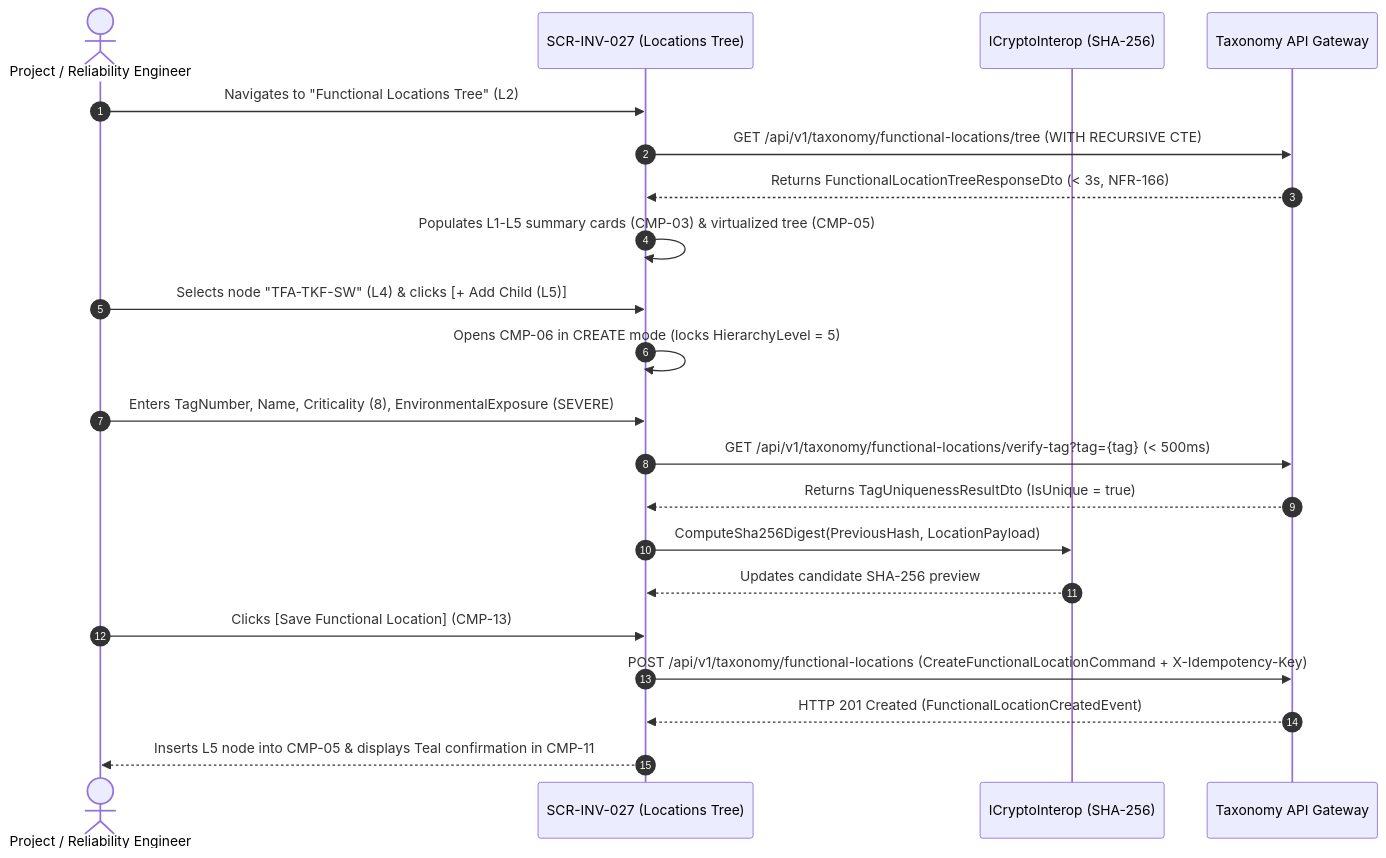
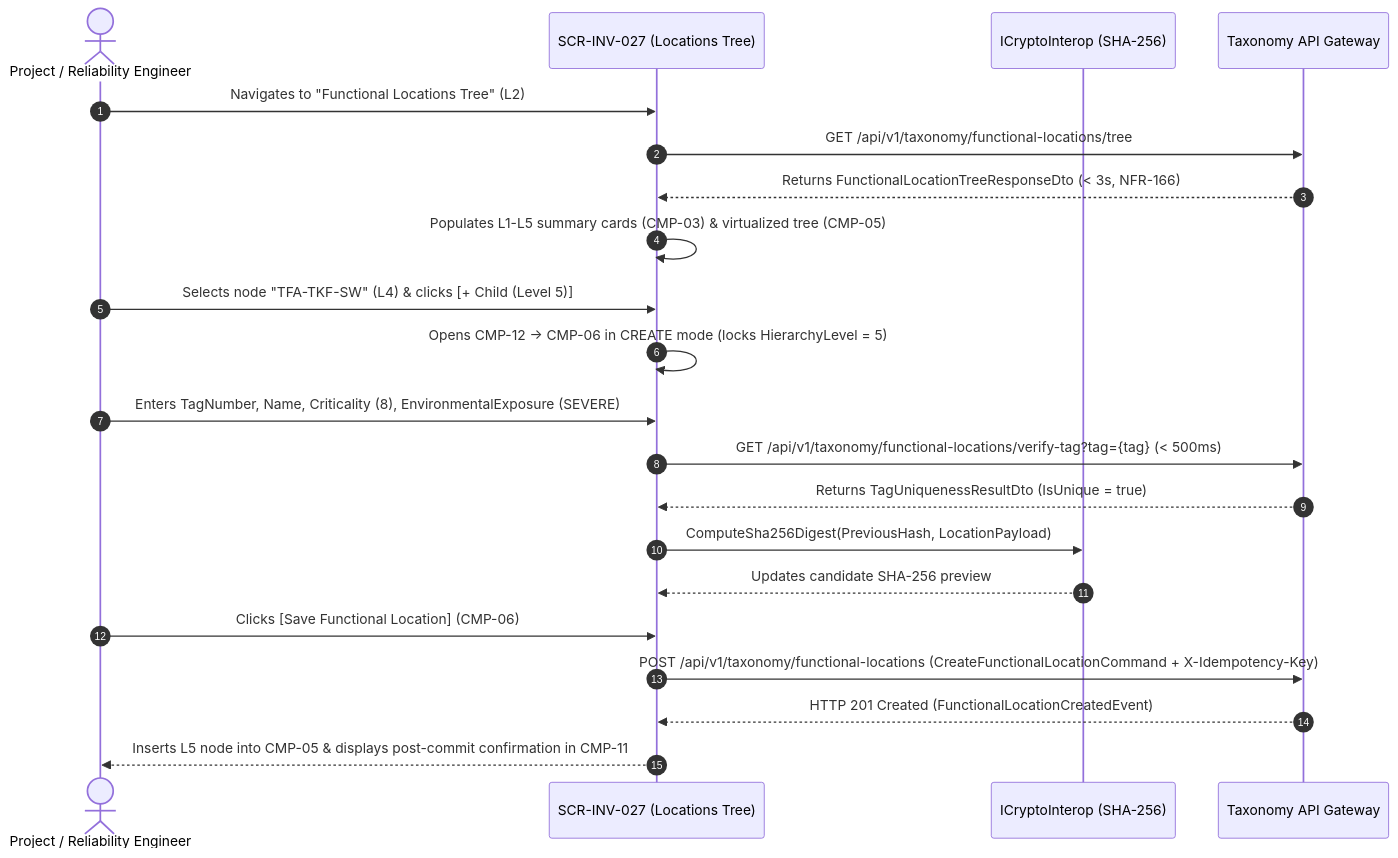
The diagram in ui-ux/screens/inv/SCR-INV-027.md (Novav20/adso-dteam-docs), drawn with Mermaid before and after one commit. The commit also changed other lines of this file and 6 other files, not shown here.

First line of the commit message:
feat(inv): promote SCR-INV-027 to Stable and update roadmap

````diff
--- a/ui-ux/screens/inv/SCR-INV-027.md
+++ b/ui-ux/screens/inv/SCR-INV-027.md
@@ -218,24 +238,24 @@
 ```mermaid
 sequenceDiagram
     autonumber
     actor Eng as Project / Reliability Engineer
     participant UI as SCR-INV-027 (Locations Tree)
     participant Crypto as ICryptoInterop (SHA-256)
     participant API as Taxonomy API Gateway
 
     Eng->>UI: Navigates to "Functional Locations Tree" (L2)
-    UI->>API: GET /api/v1/taxonomy/functional-locations/tree (WITH RECURSIVE CTE)
+    UI->>API: GET /api/v1/taxonomy/functional-locations/tree
     API-->>UI: Returns FunctionalLocationTreeResponseDto (< 3s, NFR-166)
     UI->>UI: Populates L1-L5 summary cards (CMP-03) & virtualized tree (CMP-05)
-    Eng->>UI: Selects node "TFA-TKF-SW" (L4) & clicks [+ Add Child (L5)]
-    UI->>UI: Opens CMP-06 in CREATE mode (locks HierarchyLevel = 5)
+    Eng->>UI: Selects node "TFA-TKF-SW" (L4) & clicks [+ Child (Level 5)]
+    UI->>UI: Opens CMP-12 -> CMP-06 in CREATE mode (locks HierarchyLevel = 5)
     Eng->>UI: Enters TagNumber, Name, Criticality (8), EnvironmentalExposure (SEVERE)
     UI->>API: GET /api/v1/taxonomy/functional-locations/verify-tag?tag={tag} (< 500ms)
     API-->>UI: Returns TagUniquenessResultDto (IsUnique = true)
     UI->>Crypto: ComputeSha256Digest(PreviousHash, LocationPayload)
     Crypto-->>UI: Updates candidate SHA-256 preview
-    Eng->>UI: Clicks [Save Functional Location] (CMP-13)
+    Eng->>UI: Clicks [Save Functional Location] (CMP-06)
     UI->>API: POST /api/v1/taxonomy/functional-locations (CreateFunctionalLocationCommand + X-Idempotency-Key)
     API-->>UI: HTTP 201 Created (FunctionalLocationCreatedEvent)
-    UI-->>Eng: Inserts L5 node into CMP-05 & displays Teal confirmation in CMP-11
+    UI-->>Eng: Inserts L5 node into CMP-05 & displays post-commit confirmation in CMP-11
 ```
````
